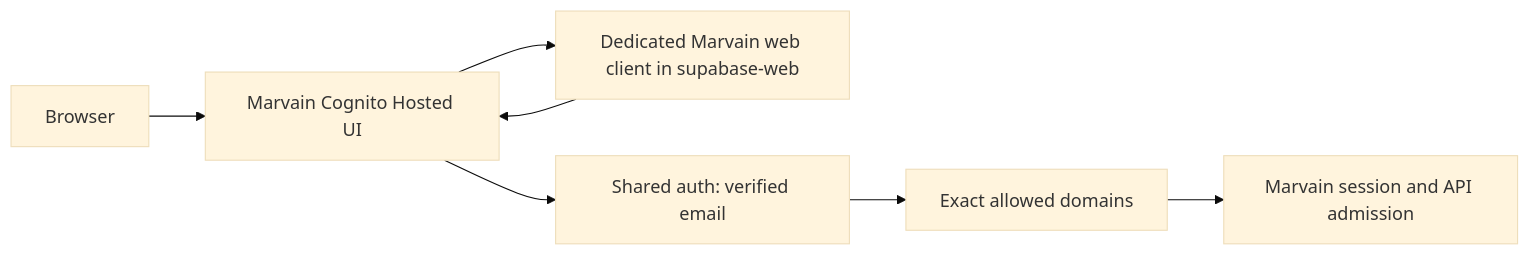
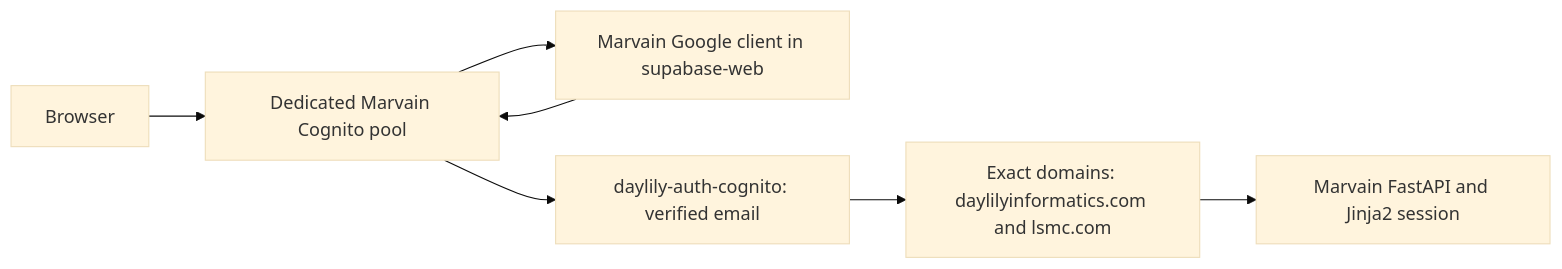
One commit to Daylily-Informatics/marvain changed the first of 4 diagrams in docs/plans/20261109_marvain_4x_release_demo_packet.md. Above: the diagram before and after it, drawn with Mermaid (base theme). The commit also changed other lines of this file and 1 other file, not shown here.

Commit message:
Record successful Marvain 4.0.4 Google federation deployment

````diff
--- a/docs/plans/20261109_marvain_4x_release_demo_packet.md
+++ b/docs/plans/20261109_marvain_4x_release_demo_packet.md
@@ -13,9 +27,9 @@
 ```mermaid
 flowchart LR
-  B[Browser] --> C[Marvain Cognito Hosted UI]
-  C --> G[Dedicated Marvain web client in supabase-web]
+  B[Browser] --> C[Dedicated Marvain Cognito pool]
+  C --> G[Marvain Google client in supabase-web]
   G --> C
-  C --> A[Shared auth: verified email]
-  A --> D[Exact allowed domains]
-  D --> M[Marvain session and API admission]
+  C --> A[daylily-auth-cognito: verified email]
+  A --> D[Exact domains: daylilyinformatics.com and lsmc.com]
+  D --> M[Marvain FastAPI and Jinja2 session]
 ```
````
